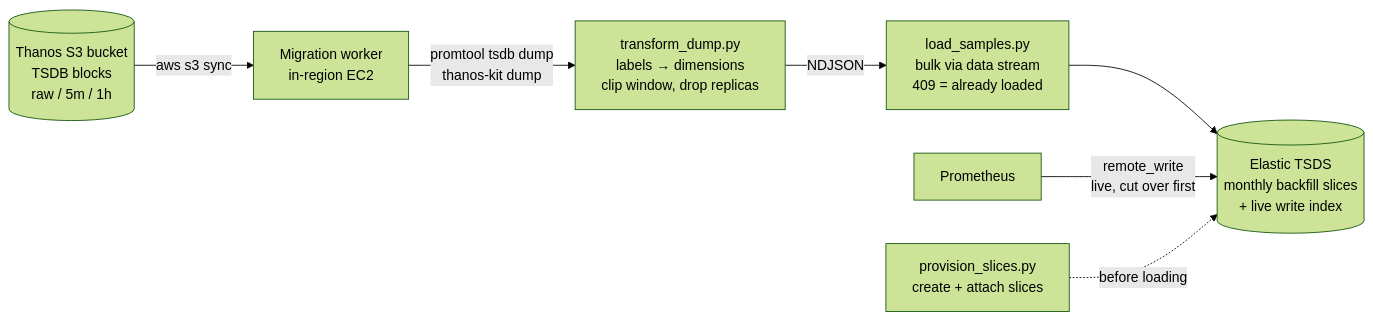
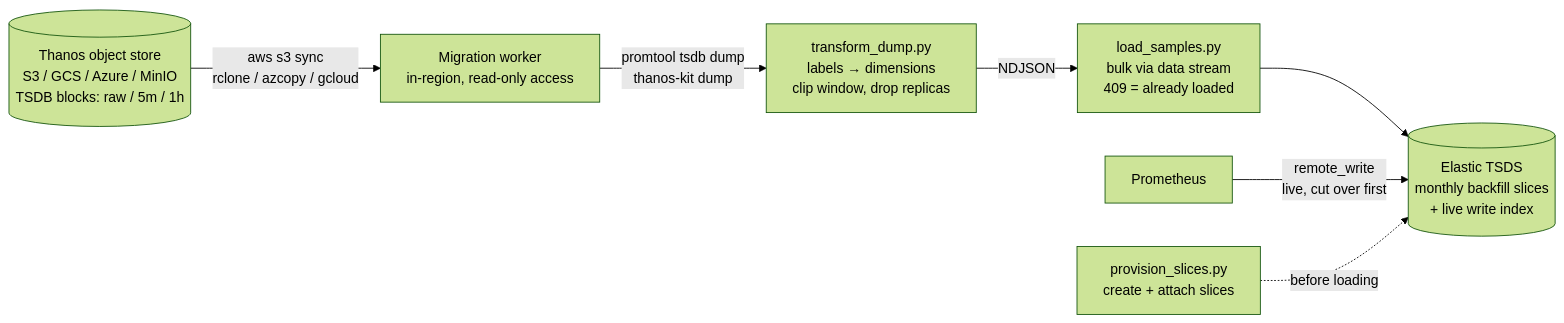
Before and after one commit to rkernutt/thanos-to-elastic: the diagram in README.md, drawn with Mermaid (forest theme). The commit also changed other lines of this file and 1 other file, not shown here.

First line of the commit message:
Clarify: export reads blocks directly from object storage, not through Thanos

````diff
--- a/README.md
+++ b/README.md
@@ -50,9 +55,9 @@
 ```mermaid
 flowchart LR
-    S3[("Thanos S3 bucket<br/>TSDB blocks<br/>raw / 5m / 1h")] -->|aws s3 sync| W[Migration worker<br/>in-region EC2]
+    S3[("Thanos object store<br/>S3 / GCS / Azure / MinIO<br/>TSDB blocks: raw / 5m / 1h")] -->|aws s3 sync<br/>rclone / azcopy / gcloud| W[Migration worker<br/>in-region, read-only access]
     W -->|promtool tsdb dump<br/>thanos-kit dump| T["transform_dump.py<br/>labels → dimensions<br/>clip window, drop replicas"]
     T -->|NDJSON| L["load_samples.py<br/>bulk via data stream<br/>409 = already loaded"]
     L --> DS[("Elastic TSDS<br/>monthly backfill slices<br/>+ live write index")]
     P[Prometheus] -->|remote_write<br/>live, cut over first| DS
     PR["provision_slices.py<br/>create + attach slices"] -.->|before loading| DS
 ```
````
